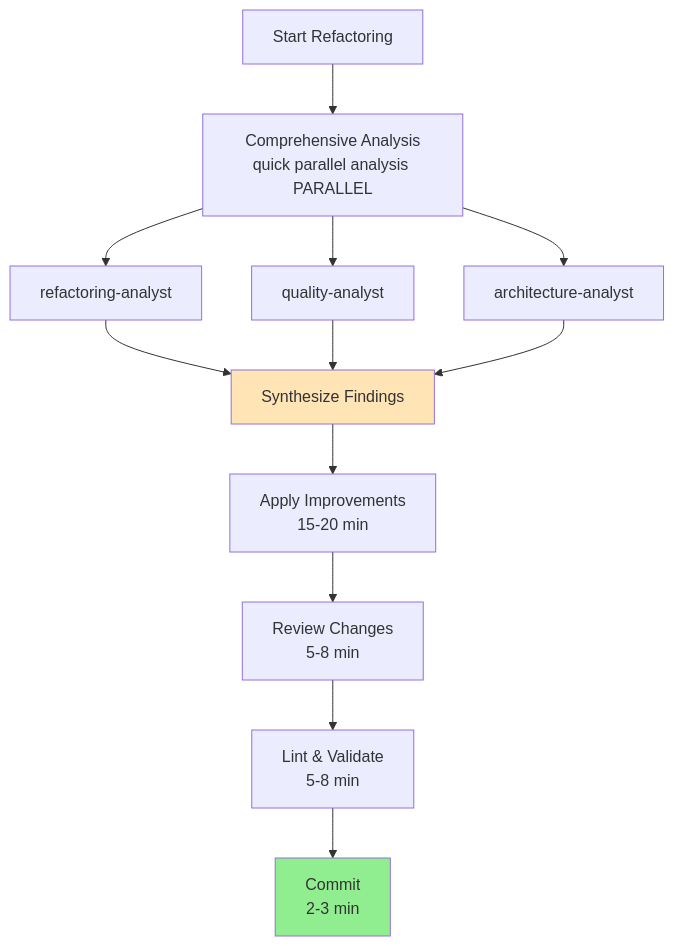
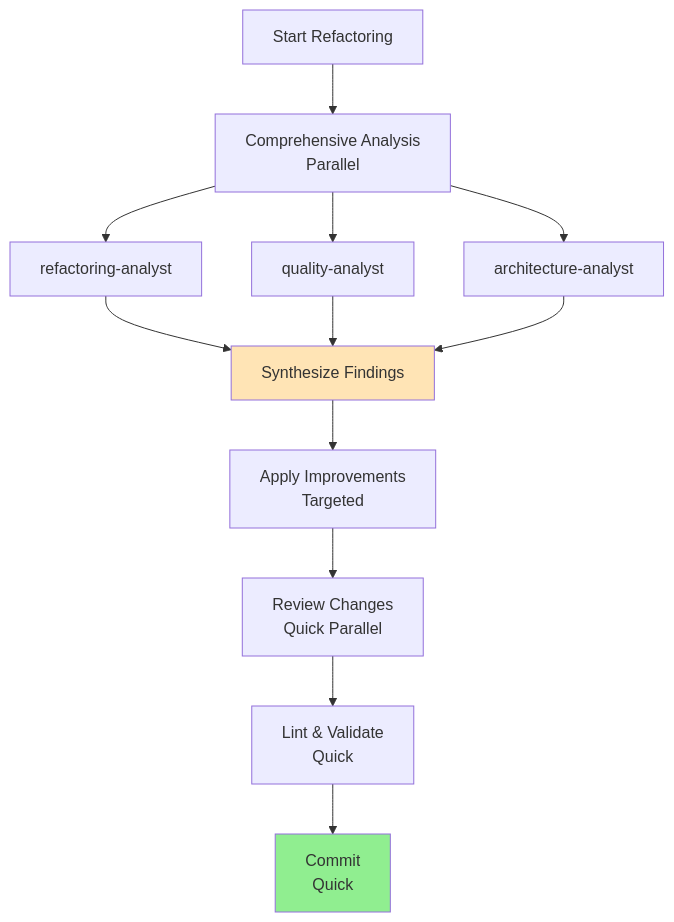
The fourth of 8 diagrams in docs/typical-workflows.md (thomasholknielsen/claude-code-config), drawn with Mermaid before and after one commit. The commit also changed other lines of this file and 130 other files, not shown here.

````diff
--- a/docs/typical-workflows.md
+++ b/docs/typical-workflows.md
@@ -330,17 +318,17 @@
 ```mermaid
 graph TD
-    A[Start Refactoring] --> B[Comprehensive Analysis<br/>quick parallel analysis PARALLEL]
+    A[Start Refactoring] --> B[Comprehensive Analysis<br/>Parallel]
     B --> C1[refactoring-analyst]
     B --> C2[quality-analyst]
     B --> C3[architecture-analyst]
     C1 --> D[Synthesize Findings]
     C2 --> D
     C3 --> D
-    D --> E[Apply Improvements<br/>15-20 min]
-    E --> F[Review Changes<br/>5-8 min]
-    F --> G[Lint & Validate<br/>5-8 min]
-    G --> H[Commit<br/>2-3 min]
+    D --> E[Apply Improvements<br/>Targeted]
+    E --> F[Review Changes<br/>Quick Parallel]
+    F --> G[Lint & Validate<br/>Quick]
+    G --> H[Commit<br/>Quick]
 
     style D fill:#FFE4B5
     style H fill:#90EE90
 ```
````
